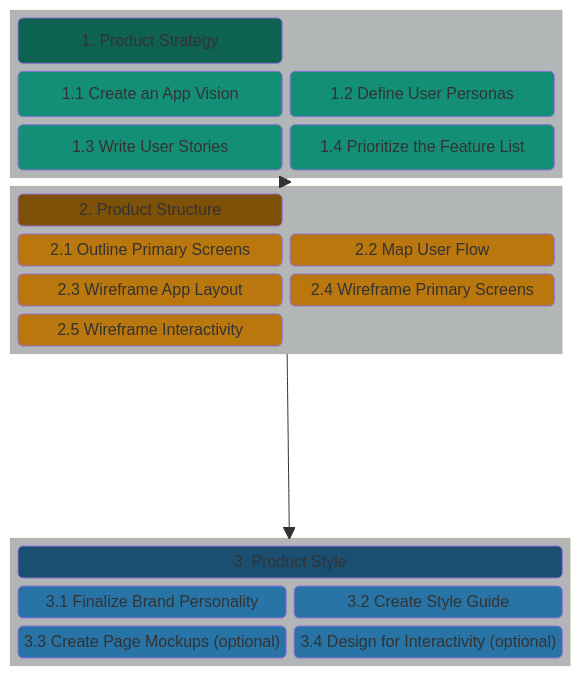
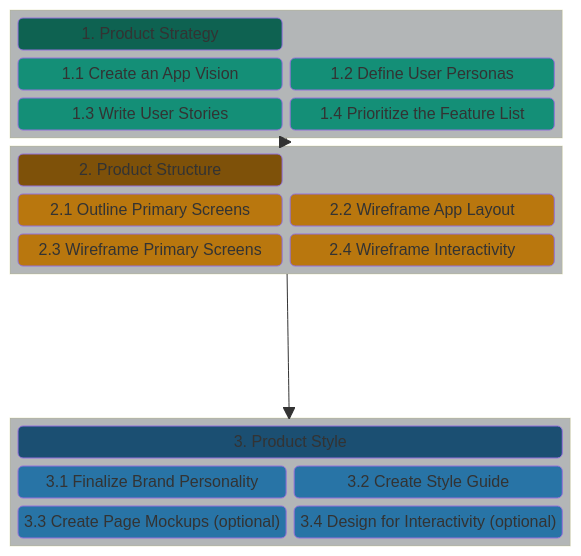
One commit to chingu-voyages/Handbook changed the first of 3 diagrams in docs/resources/techresources/uiux.md. Above: the diagram before and after it, drawn with Mermaid. The commit also changed other lines of this file, not shown here.

````diff
--- a/docs/resources/techresources/uiux.md
+++ b/docs/resources/techresources/uiux.md
@@ -15,54 +15,52 @@
 ```mermaid
 block-beta
 columns 1
   block:STRATEGY
     columns 2
     A("1. Product Strategy"):2
     B("1.1 Create an App Vision")
     C("1.2 Define User Personas")
     D("1.3 Write User Stories")
     E("1.4 Prioritize the Feature List")
   end
   block:STRUCTURE
     columns 2
     G("2. Product Structure"):2
     H("2.1 Outline Primary Screens")
-    I("2.2 Map User Flow")
-    J("2.3 Wireframe App Layout")
-    K("2.4 Wireframe Primary Screens")
-    L("2.5 Wireframe Interactivity")
+    J("2.2 Wireframe App Layout")
+    K("2.3 Wireframe Primary Screens")
+    L("2.4 Wireframe Interactivity")
   end
   STRATEGY --> STRUCTURE
   space
   block:STYLE
     columns 2
     M("3. Product Style"):2
     N("3.1 Finalize Brand Personality")
     O("3.2 Create Style Guide")
     P("3.3 Create Page Mockups (optional)")
     Q("3.4 Design for Interactivity (optional)")
   end
   STRUCTURE --> STYLE
   style A fill:#0e6251
   style B fill:#148f77
   style C fill:#148f77
   style D fill:#148f77
   style E fill:#148f77
 
   style G fill:#7e5109
   style H fill:#b9770e
-  style I fill:#b9770e
   style J fill:#b9770e
   style K fill:#b9770e
   style L fill:#b9770e
 
   style M fill:#1b4f72
   style N fill:#2874a6
   style O fill:#2874a6
   style P fill:#2874a6
   style Q fill:#2874a6
 
   style STRATEGY fill:#b3b6b7
   style STRUCTURE fill:#b3b6b7
   style STYLE fill:#b3b6b7
 ```
````
